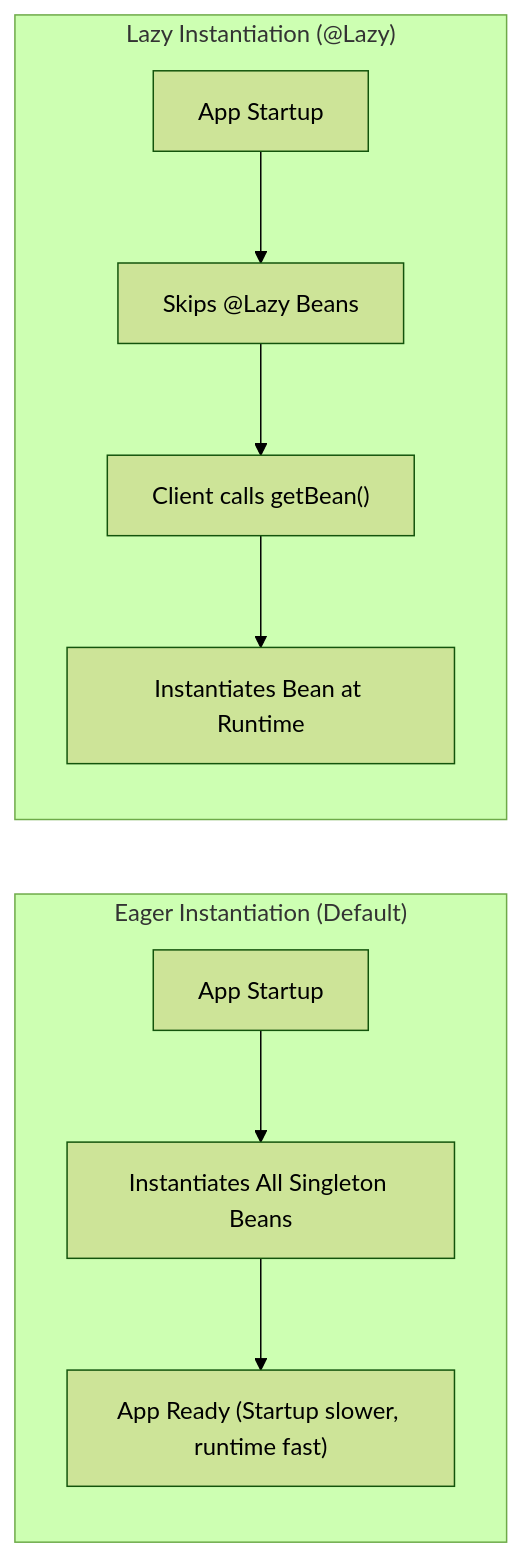
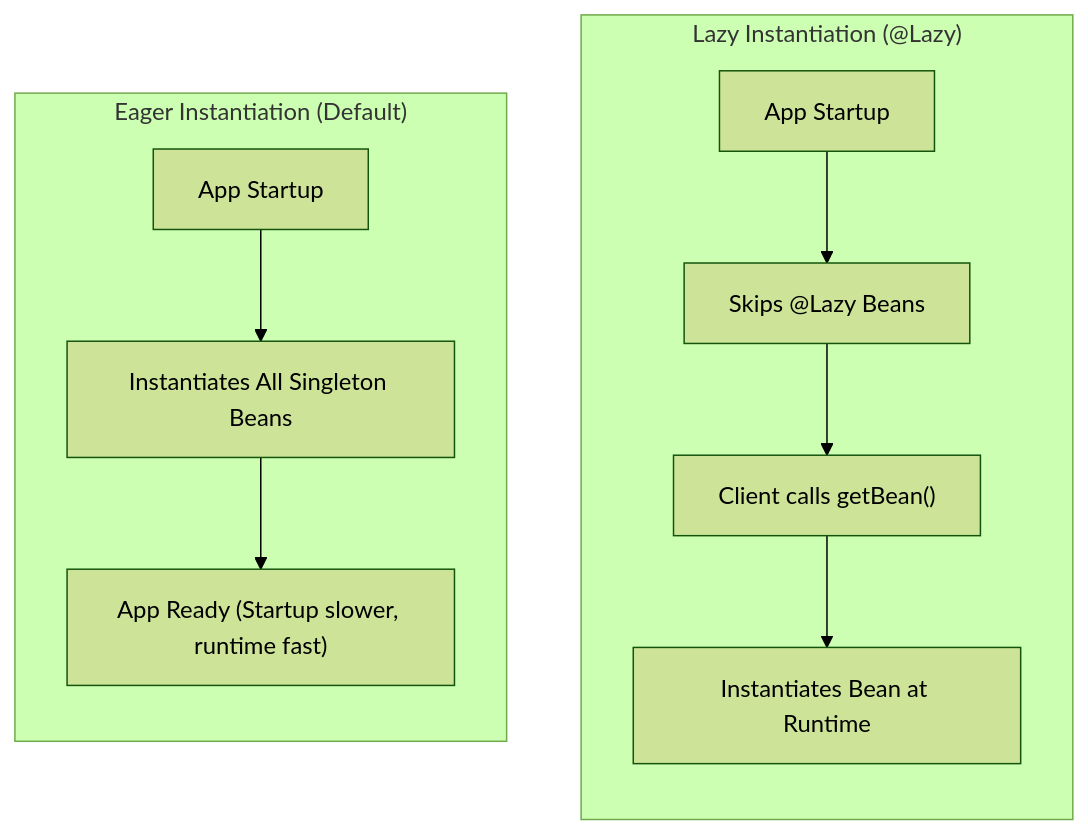
Diagram 11 of 13 in 06-Java-and-Spring-Boot/01-Spring-Framework-and-Core-IoC.md (rohithgowda18/Notes), drawn with Mermaid (forest theme) before and after one commit. The commit also changed other lines of this file and 15 other files, not shown here.

Commit message:
docs: audit Mermaid diagrams, optimize side-by-side layouts, and deduplicate DBMS advanced notes

````diff
--- a/06-Java-and-Spring-Boot/01-Spring-Framework-and-Core-IoC.md
+++ b/06-Java-and-Spring-Boot/01-Spring-Framework-and-Core-IoC.md
@@ -579,12 +582,15 @@
 ```mermaid
 flowchart LR
     subgraph Eager ["Eager Instantiation (Default)"]
         Boot1["App Startup"] --> Create1["Instantiates All Singleton Beans"]
         Create1 --> Ready1["App Ready (Startup slower, runtime fast)"]
     end
+
+    Eager ~~~ Lazy
+
     subgraph Lazy ["Lazy Instantiation (@Lazy)"]
         Boot2["App Startup"] --> Skip["Skips @Lazy Beans"]
         Skip --> Call["Client calls getBean()"]
         Call --> Create2["Instantiates Bean at Runtime"]
     end
 ```
````
